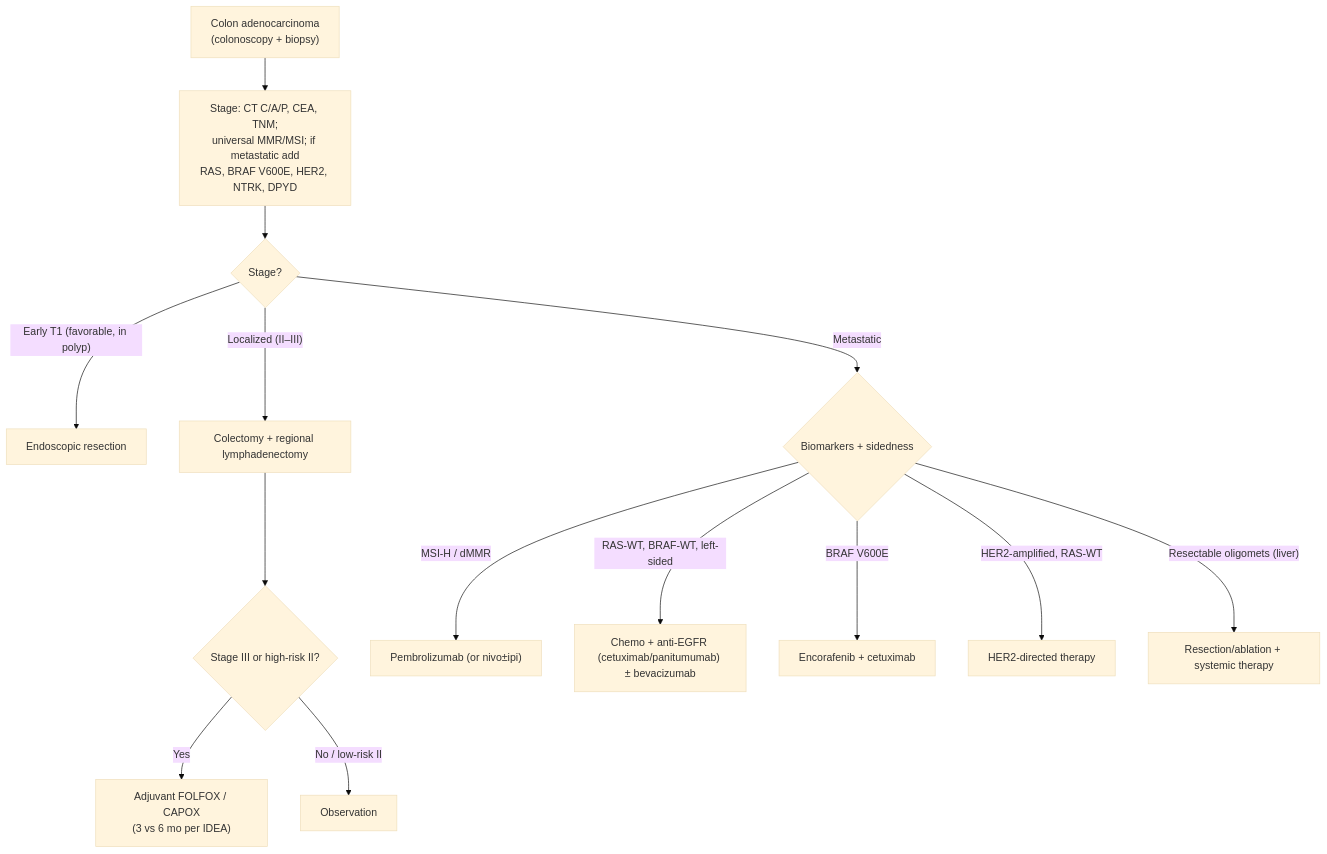
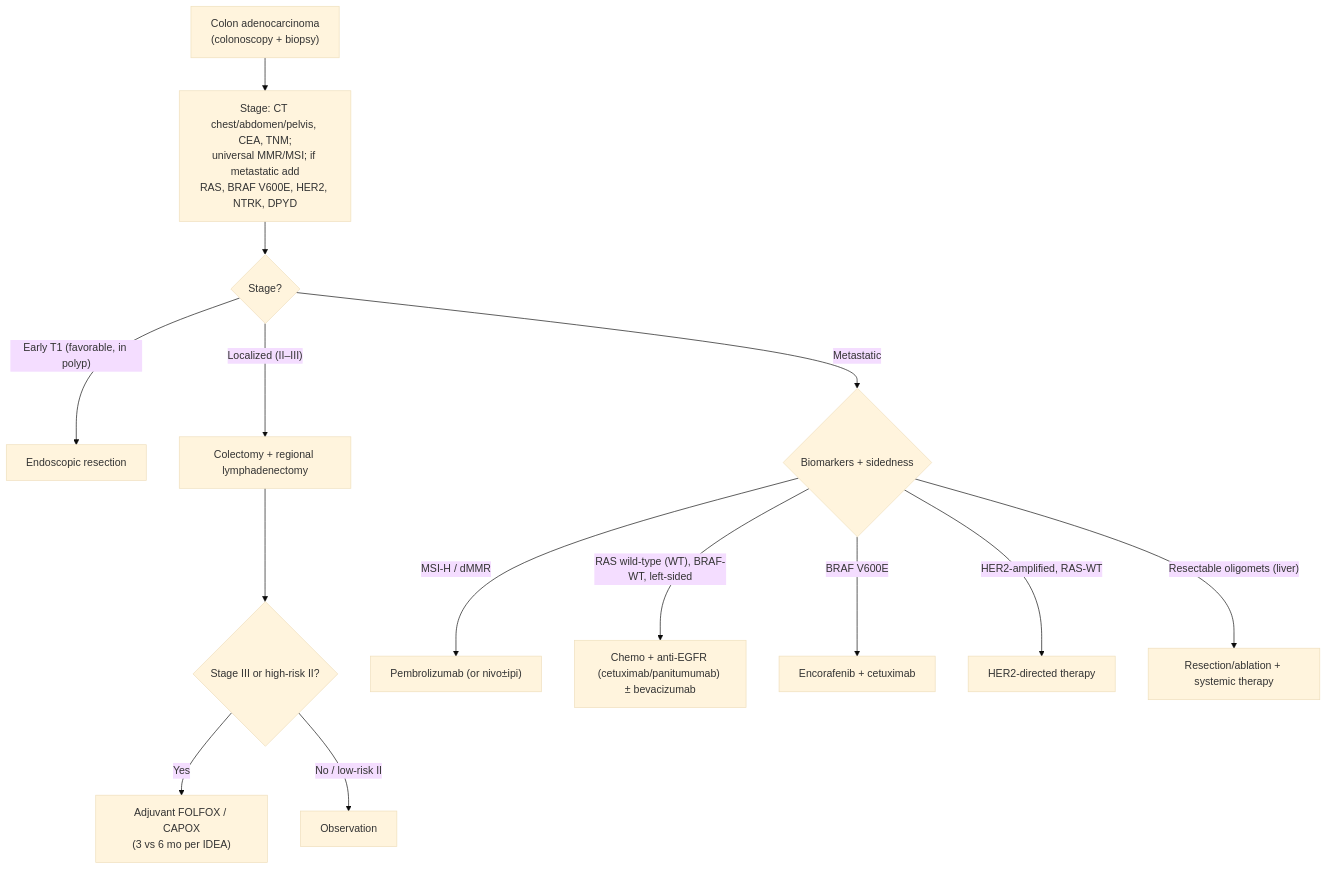
Before and after one commit to KHNickLeMD/KHNL-GI-Wiki: the diagram in KHNL-GI-Wiki/wiki/1-disease-scripts/colorectal-diseases/lesions-malignancy/colorectal-cancer.md, drawn with Mermaid (base theme). The commit also changed other lines of this file and 620 other files, not shown here.

````diff
--- a/KHNL-GI-Wiki/wiki/1-disease-scripts/colorectal-diseases/lesions-malignancy/colorectal-cancer.md
+++ b/KHNL-GI-Wiki/wiki/1-disease-scripts/colorectal-diseases/lesions-malignancy/colorectal-cancer.md
@@ -159,16 +159,16 @@
 ```mermaid
 flowchart TD
-    A["Colon adenocarcinoma<br/>(colonoscopy + biopsy)"] --> B["Stage: CT C/A/P, CEA, TNM;<br/>universal MMR/MSI; if metastatic add<br/>RAS, BRAF V600E, HER2, NTRK, DPYD"]
+    A["Colon adenocarcinoma<br/>(colonoscopy + biopsy)"] --> B["Stage: CT chest/abdomen/pelvis, CEA, TNM;<br/>universal MMR/MSI; if metastatic add<br/>RAS, BRAF V600E, HER2, NTRK, DPYD"]
     B --> C{"Stage?"}
     C -->|"Early T1 (favorable, in polyp)"| ER["Endoscopic resection"]
     C -->|"Localized (II–III)"| S["Colectomy + regional lymphadenectomy"]
     S --> ADJ{"Stage III or high-risk II?"}
     ADJ -->|"Yes"| AC["Adjuvant FOLFOX / CAPOX<br/>(3 vs 6 mo per IDEA)"]
     ADJ -->|"No / low-risk II"| OBS["Observation"]
     C -->|"Metastatic"| M{"Biomarkers + sidedness"}
     M -->|"MSI-H / dMMR"| IO["Pembrolizumab (or nivo±ipi)"]
-    M -->|"RAS-WT, BRAF-WT, left-sided"| EGFR["Chemo + anti-EGFR (cetuximab/panitumumab) ± bevacizumab"]
+    M -->|"RAS wild-type (WT), BRAF-WT, left-sided"| EGFR["Chemo + anti-EGFR (cetuximab/panitumumab) ± bevacizumab"]
     M -->|"BRAF V600E"| BR["Encorafenib + cetuximab"]
     M -->|"HER2-amplified, RAS-WT"| H2["HER2-directed therapy"]
     M -->|"Resectable oligomets (liver)"| RES["Resection/ablation + systemic therapy"]
 ```
````
